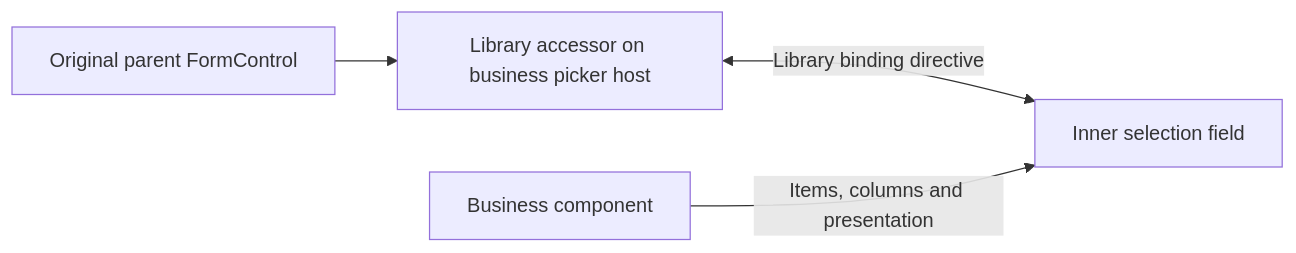
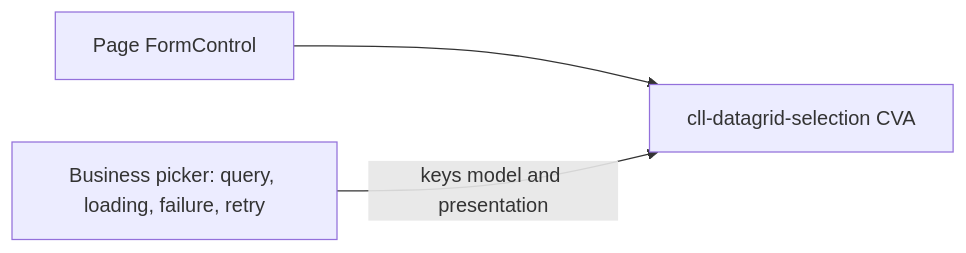
Before and after one commit to wghglory/ngx-lift-workspace: the second of 2 diagrams in docs/design/clr-lift/datagrid-selection-reference.md, drawn with Mermaid. The commit also changed other lines of this file and 95 other files, not shown here.

First line of the commit message:
refactor: close gap register and architecture deepening backlog

````diff
--- a/docs/design/clr-lift/datagrid-selection-reference.md
+++ b/docs/design/clr-lift/datagrid-selection-reference.md
@@ -879,6 +868,5 @@
 ```mermaid
 flowchart LR
-  P[Original parent FormControl] --> Accessor[Library accessor on business picker host]
-  Accessor <-->|Library binding directive| I[Inner selection field]
-  Business[Business component] -->|Items, columns and presentation| I
+  P[Page FormControl] --> I[cll-datagrid-selection CVA]
+  Business[Business picker: query, loading, failure, retry] -->|keys model and presentation| I
 ```
````
